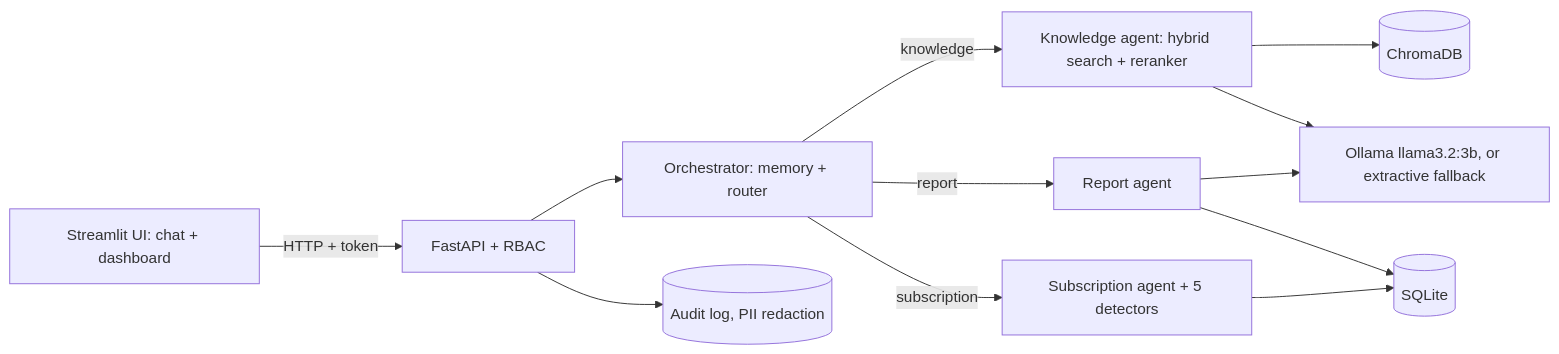
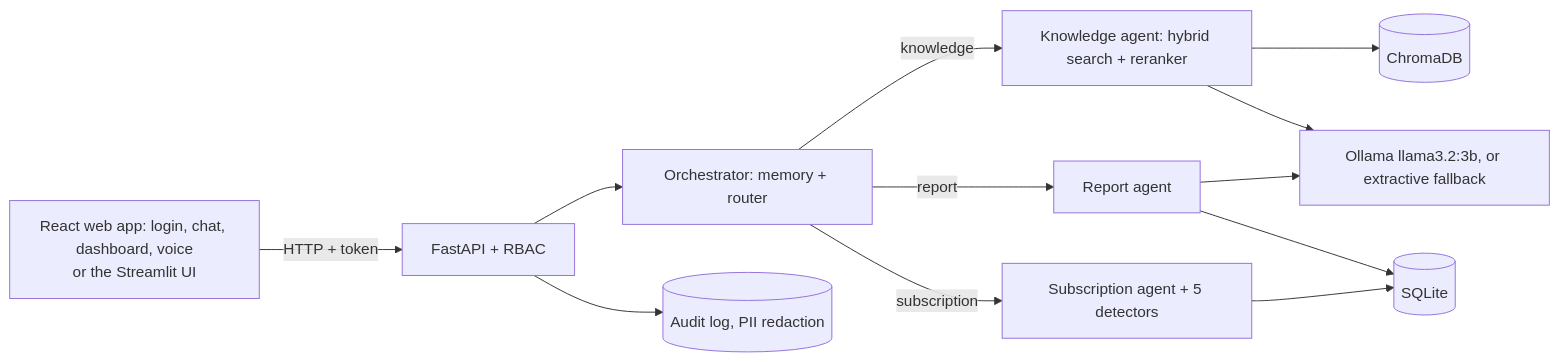
The diagram in README.md (NANTHIESH/NexoraAI), drawn with Mermaid before and after one commit. The commit also changed other lines of this file and 2 other files, not shown here.

Commit message:
docs: document the React app, register endpoint and NEXORA_SECRET

````diff
--- a/README.md
+++ b/README.md
@@ -31,13 +31,13 @@
 ```mermaid
 flowchart LR
-  UI[Streamlit UI: chat + dashboard] -->|HTTP + token| API[FastAPI + RBAC]
+  UI[React web app: login, chat, dashboard, voice<br/>or the Streamlit UI] -->|HTTP + token| API[FastAPI + RBAC]
   API --> ORCH[Orchestrator: memory + router]
   ORCH -->|knowledge| K[Knowledge agent: hybrid search + reranker]
   ORCH -->|report| R[Report agent]
   ORCH -->|subscription| S[Subscription agent + 5 detectors]
   K --> V[(ChromaDB)]
   R --> D[(SQLite)]
   S --> D
   K & R --> L[Ollama llama3.2:3b, or extractive fallback]
   API --> A[(Audit log, PII redaction)]
 ```
````
